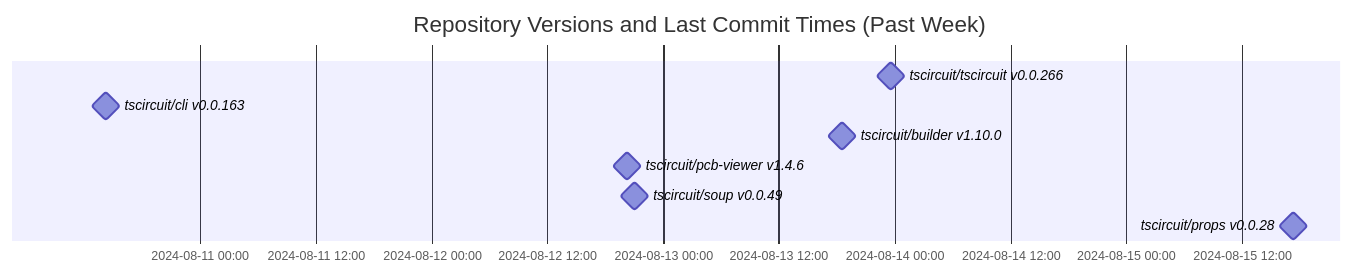
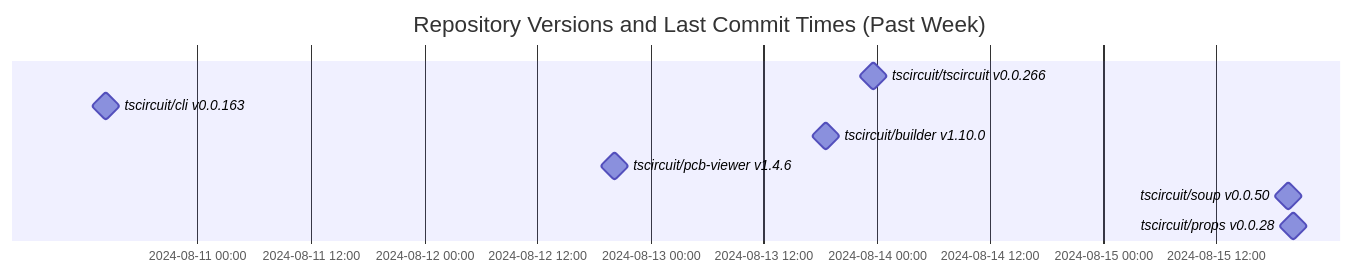
One commit to tscircuit/version-tracker changed the diagram in README.md. Above: the diagram before and after it, drawn with Mermaid.

Commit message:
Update chart

````diff
--- a/README.md
+++ b/README.md
@@ -1,13 +1,13 @@
 ```mermaid
 gantt
   dateFormat  YYYY-MM-DD HH:mm:ss
   title Repository Versions and Last Commit Times (Past Week)
   axisFormat %Y-%m-%d %H:%M
 
   tscircuit/tscircuit v0.0.266 : milestone, 2024-08-13 23:37:39, 1s
   tscircuit/cli v0.0.163 : milestone, 2024-08-10 14:15:28, 1s
   tscircuit/builder v1.10.0 : milestone, 2024-08-13 18:36:04, 1s
   tscircuit/pcb-viewer v1.4.6 : milestone, 2024-08-12 20:14:33, 1s
-  tscircuit/soup v0.0.49 : milestone, 2024-08-12 20:59:08, 1s
-  tscircuit/props v0.0.28 : milestone, 2024-08-15 17:18:10, 1s
+  tscircuit/soup v0.0.50 : milestone, 2024-08-15 19:36:27, 1s
+  tscircuit/props v0.0.28 : milestone, 2024-08-15 20:10:43, 1s
 ```
````
